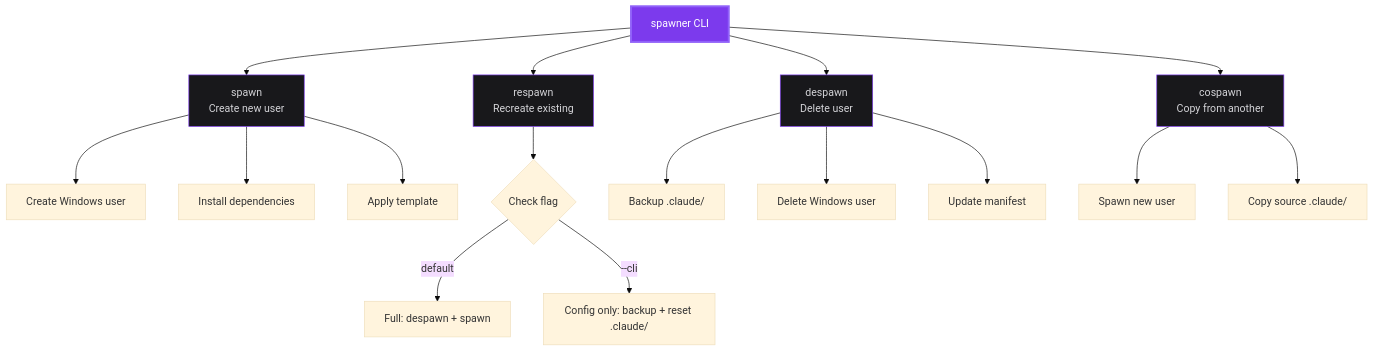
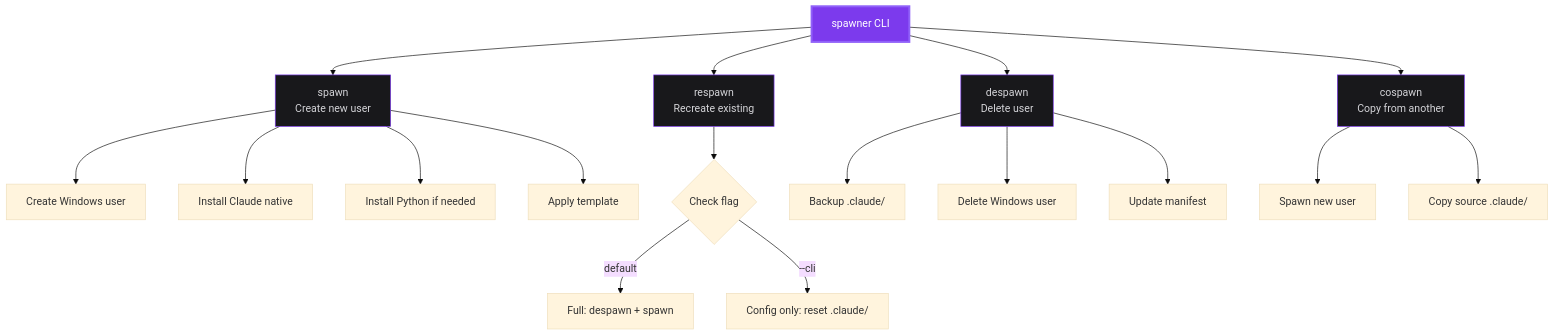
Before and after one commit to brrhlv/cc-spawner: the fifth of 6 diagrams in docs/ARCHITECTURE-DIAGRAMS.md, drawn with Mermaid (base theme). The commit also changed other lines of this file and 961 other files, not shown here.

````diff
--- a/docs/ARCHITECTURE-DIAGRAMS.md
+++ b/docs/ARCHITECTURE-DIAGRAMS.md
@@ -121,28 +120,29 @@
 ```mermaid
 graph TB
     CLI[spawner CLI] --> Spawn[spawn<br/>Create new user]
     CLI --> Respawn[respawn<br/>Recreate existing]
     CLI --> Despawn[despawn<br/>Delete user]
     CLI --> Cospawn[cospawn<br/>Copy from another]
 
     Spawn --> S1[Create Windows user]
-    Spawn --> S2[Install dependencies]
-    Spawn --> S3[Apply template]
+    Spawn --> S2[Install Claude native]
+    Spawn --> S3[Install Python if needed]
+    Spawn --> S4[Apply template]
 
     Respawn --> R1{Check flag}
     R1 -->|default| R2[Full: despawn + spawn]
-    R1 -->|--cli| R3[Config only: backup + reset .claude/]
+    R1 -->|--cli| R3[Config only: reset .claude/]
 
     Despawn --> D1[Backup .claude/]
     Despawn --> D2[Delete Windows user]
     Despawn --> D3[Update manifest]
 
     Cospawn --> C1[Spawn new user]
     Cospawn --> C2[Copy source .claude/]
 
     style CLI fill:#7C3AED,stroke:#9061F9,stroke-width:3px,color:#fff
     style Spawn fill:#18181B,stroke:#7C3AED,color:#D4D4D8
     style Respawn fill:#18181B,stroke:#7C3AED,color:#D4D4D8
     style Despawn fill:#18181B,stroke:#7C3AED,color:#D4D4D8
     style Cospawn fill:#18181B,stroke:#7C3AED,color:#D4D4D8
 ```
````
